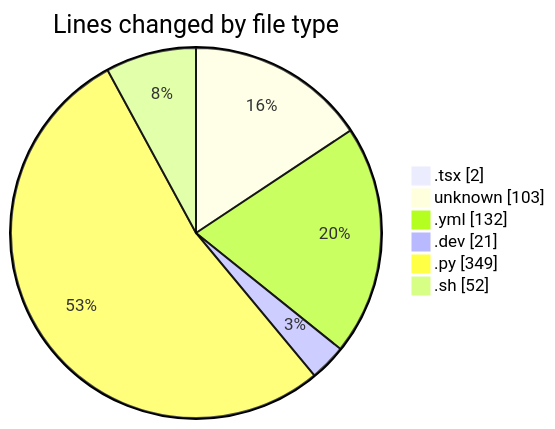
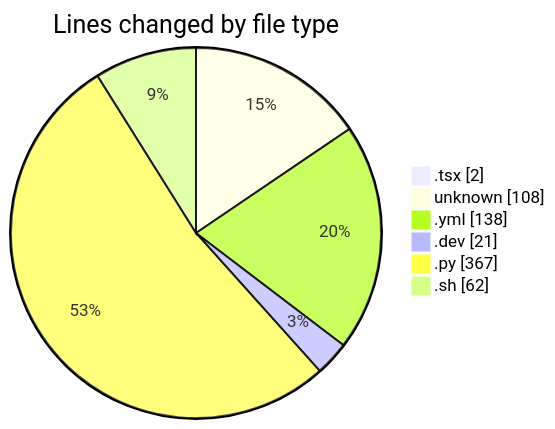
The first of 2 diagrams in 2025-05-18/niten/README.md (Elitesun/code-tracking), drawn with Mermaid before and after one commit. The commit also changed other lines of this file and 1 other file, not shown here.

````diff
--- a/2025-05-18/niten/README.md
+++ b/2025-05-18/niten/README.md
@@ -27,10 +27,10 @@
 ```mermaid
 pie showData
 title Lines changed by file type
 ".tsx" : 2
-"unknown" : 103
-".yml" : 132
+"unknown" : 108
+".yml" : 138
 ".dev" : 21
-".py" : 349
-".sh" : 52
+".py" : 367
+".sh" : 62
 ```
````
